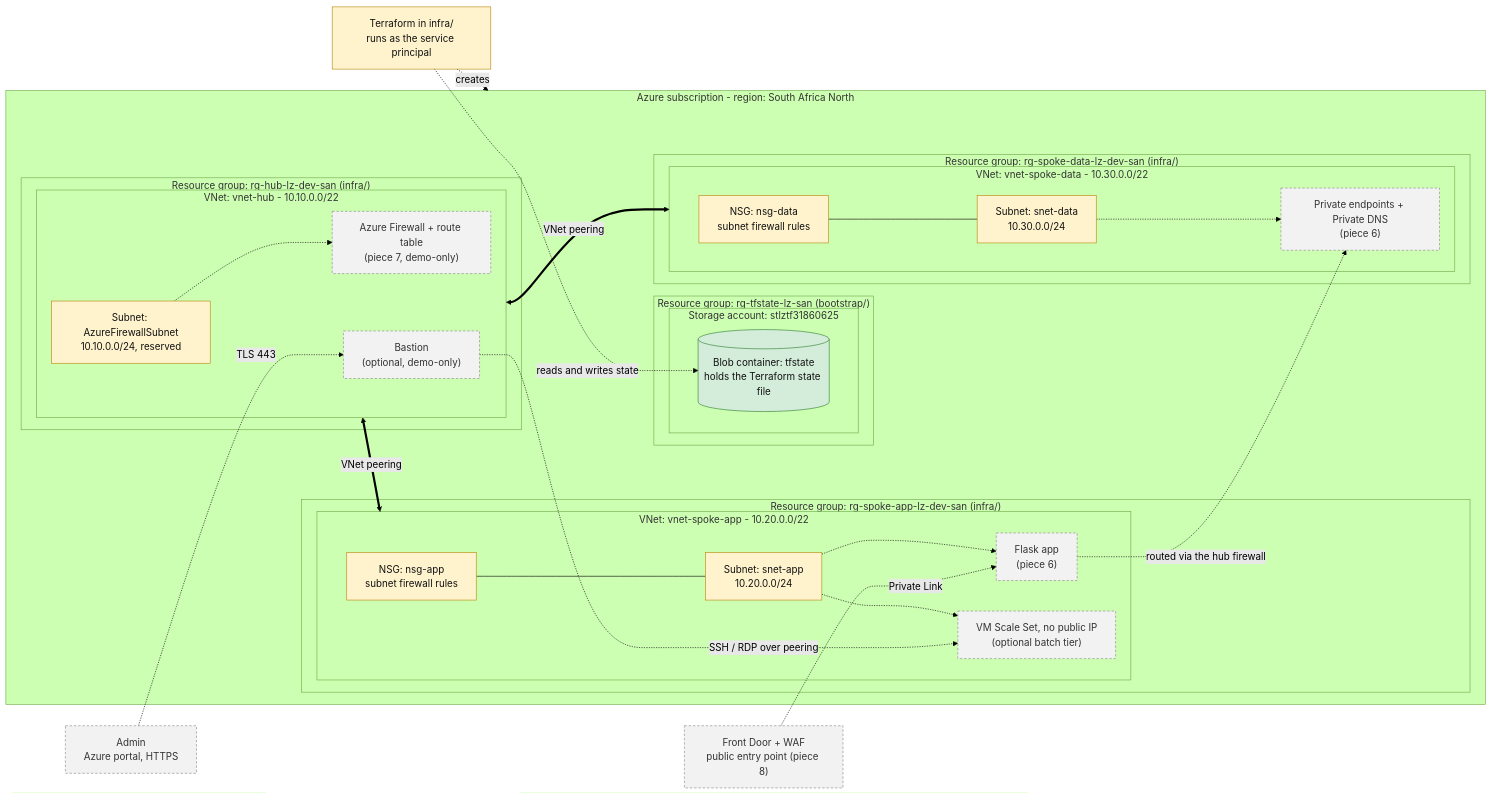
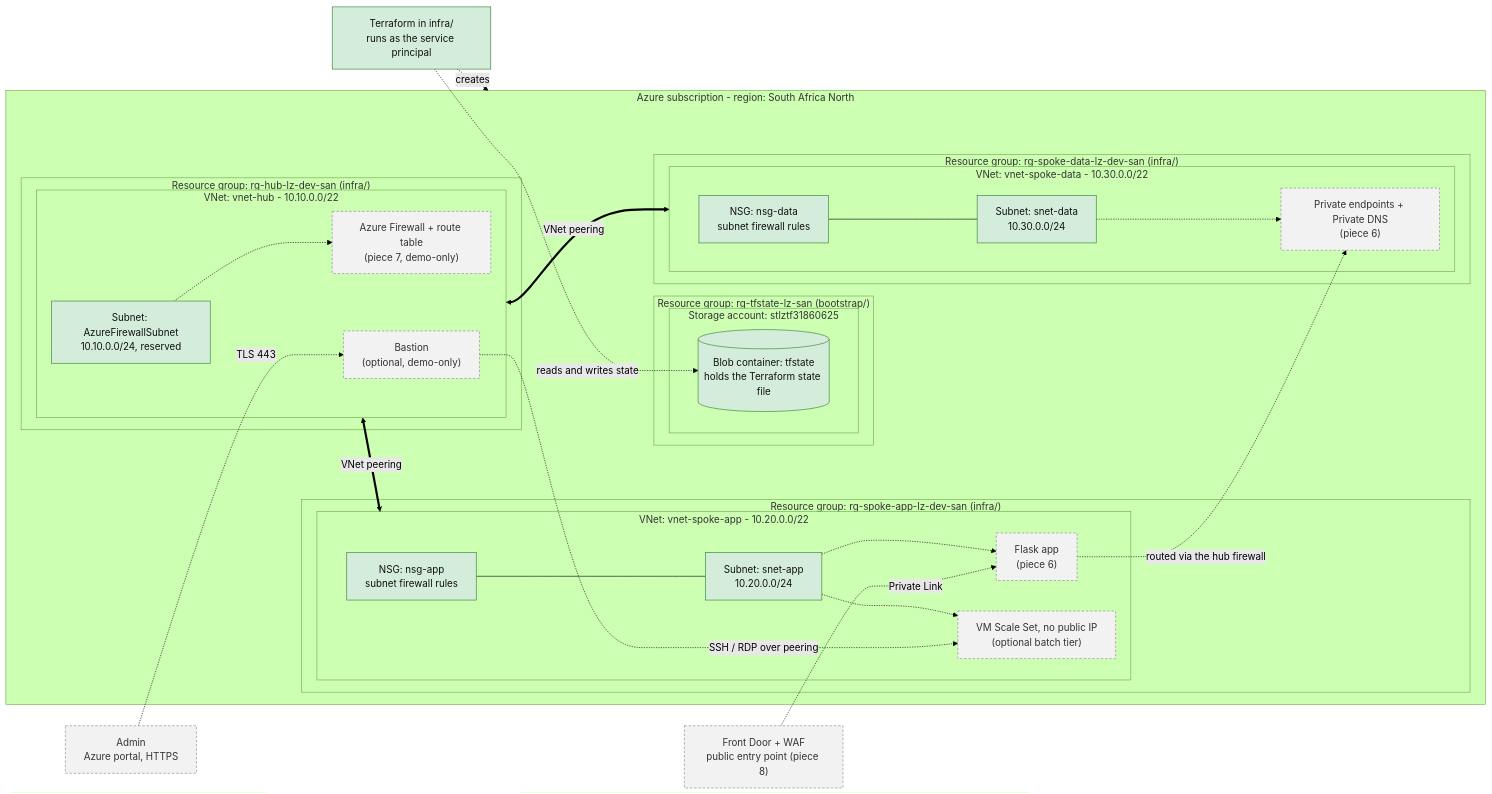
Before and after one commit to sharifndlovu123/regulated-landing-zone: the first of 5 diagrams in README.md, drawn with Mermaid (forest theme). The commit also changed other lines of this file and 1 other file, not shown here.

Commit message:
Piece 3 applied: mark network deployed, close hiccup 4

````diff
--- a/README.md
+++ b/README.md
@@ -18,58 +18,58 @@
 ```mermaid
 flowchart LR
   ADM["Admin<br/>Azure portal, HTTPS"]:::planned
   FD["Front Door + WAF<br/>public entry point (piece 8)"]:::planned
-  TF["Terraform in infra/<br/>runs as the service principal"]:::written
+  TF["Terraform in infra/<br/>runs as the service principal"]:::deployed
 
   subgraph SUB["Azure subscription - region: South Africa North"]
     subgraph RGS["Resource group: rg-tfstate-lz-san (bootstrap/)"]
       subgraph SA["Storage account: stlztf31860625"]
         CT[("Blob container: tfstate<br/>holds the Terraform state file")]:::deployed
       end
     end
 
     subgraph RGH["Resource group: rg-hub-lz-dev-san (infra/)"]
       subgraph HUBV["VNet: vnet-hub - 10.10.0.0/22"]
-        FWS["Subnet: AzureFirewallSubnet<br/>10.10.0.0/24, reserved"]:::written
+        FWS["Subnet: AzureFirewallSubnet<br/>10.10.0.0/24, reserved"]:::deployed
         FW["Azure Firewall + route table<br/>(piece 7, demo-only)"]:::planned
         BAS["Bastion<br/>(optional, demo-only)"]:::planned
       end
     end
 
     subgraph RGA["Resource group: rg-spoke-app-lz-dev-san (infra/)"]
       subgraph APPV["VNet: vnet-spoke-app - 10.20.0.0/22"]
-        APPN["NSG: nsg-app<br/>subnet firewall rules"]:::written
-        APPS["Subnet: snet-app<br/>10.20.0.0/24"]:::written
+        APPN["NSG: nsg-app<br/>subnet firewall rules"]:::deployed
+        APPS["Subnet: snet-app<br/>10.20.0.0/24"]:::deployed
         APP["Flask app<br/>(piece 6)"]:::planned
         VM["VM Scale Set, no public IP<br/>(optional batch tier)"]:::planned
       end
     end
 
     subgraph RGD["Resource group: rg-spoke-data-lz-dev-san (infra/)"]
       subgraph DATAV["VNet: vnet-spoke-data - 10.30.0.0/22"]
-        DATAN["NSG: nsg-data<br/>subnet firewall rules"]:::written
-        DATAS["Subnet: snet-data<br/>10.30.0.0/24"]:::written
+        DATAN["NSG: nsg-data<br/>subnet firewall rules"]:::deployed
+        DATAS["Subnet: snet-data<br/>10.30.0.0/24"]:::deployed
         PE["Private endpoints + Private DNS<br/>(piece 6)"]:::planned
       end
     end
   end
 
   HUBV <==>|"VNet peering"| APPV
   HUBV <==>|"VNet peering"| DATAV
   FWS -.-> FW
   APPN --- APPS
   DATAN --- DATAS
   APPS -.-> APP
   APPS -.-> VM
   DATAS -.-> PE
   ADM -.->|"TLS 443"| BAS
   BAS -.->|"SSH / RDP over peering"| VM
   FD -.->|"Private Link"| APP
   APP -.->|"routed via the hub firewall"| PE
   TF -.->|"reads and writes state"| CT
   TF -.->|"creates"| SUB
 
   classDef deployed fill:#d4edda,stroke:#2e7d32,color:#111
   classDef written fill:#fff3cd,stroke:#b8860b,color:#111
   classDef planned fill:#f2f2f2,stroke:#888,stroke-dasharray:4 3,color:#333
 ```
````
